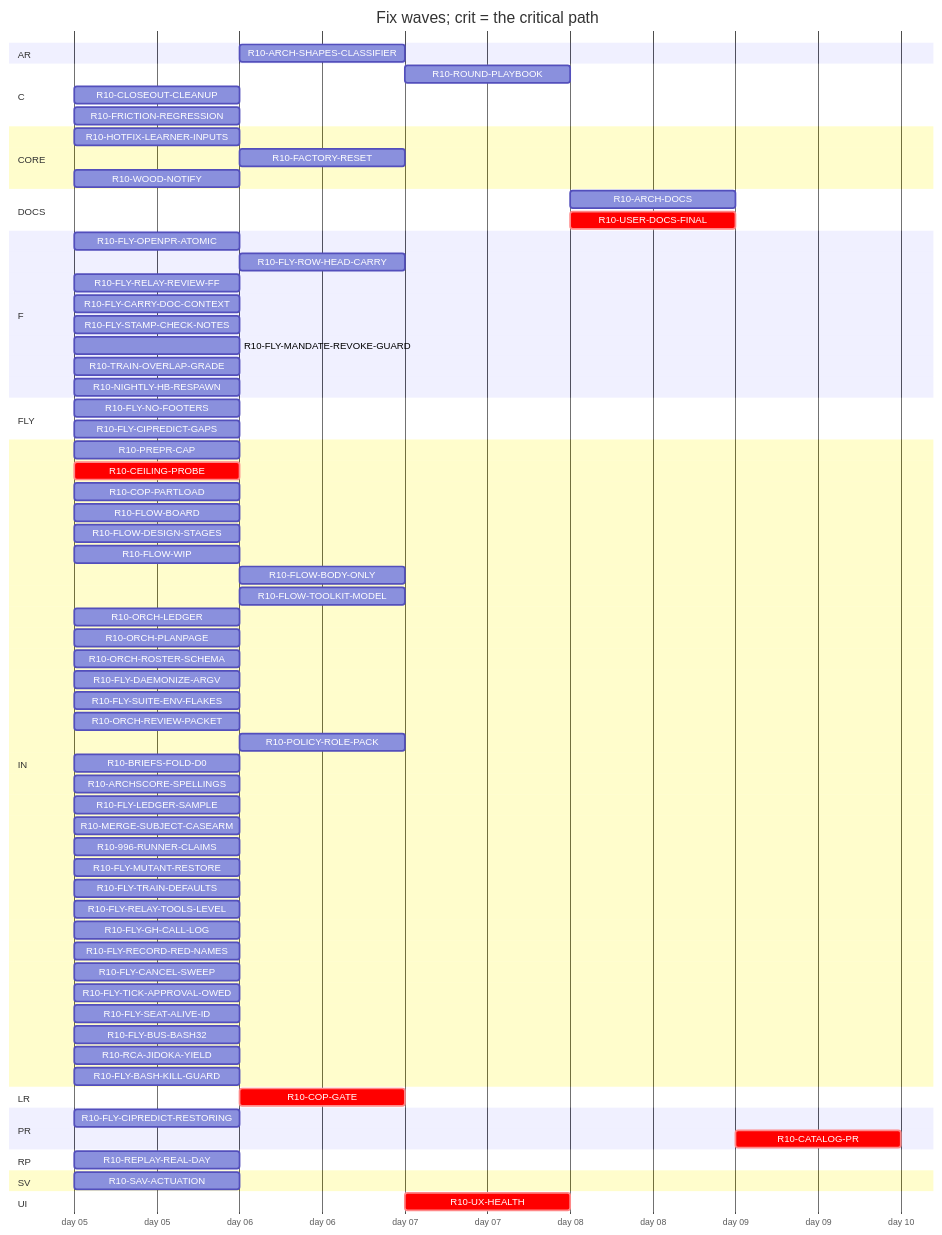
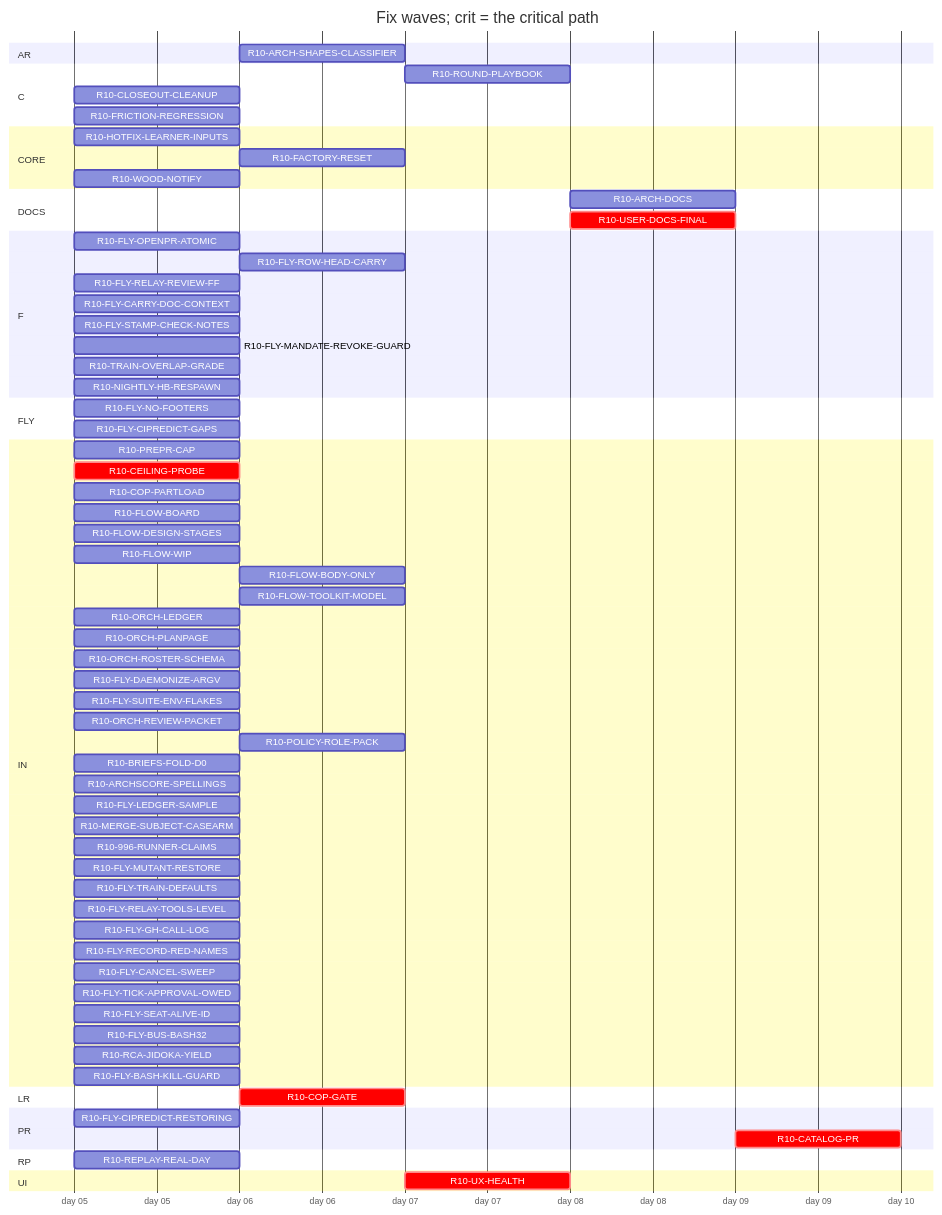
Before and after one commit to tvofi/heatpump_optimizer: the diagram in handoff/round10/state/PLAN-TABLE.md, drawn with Mermaid. The commit also changed other lines of this file and 3 other files, not shown here.

Commit message:
state: FLOW-BOARD.md, NEXT-SESSION-PROMPT.md, PLAN-TABLE.md, RESUME-CURRENT.md regenerated (state_docs.py)

````diff
--- a/handoff/round10/state/PLAN-TABLE.md
+++ b/handoff/round10/state/PLAN-TABLE.md
@@ -25,74 +24,72 @@
 ```mermaid
 gantt
   title Fix waves; crit = the critical path
   dateFormat YYYY-MM-DD
   axisFormat day %d
   section AR
     R10-ARCH-SHAPES-CLASSIFIER :r10ARCHSHAPESCLASSIFIER, after r10996RUNNERCLAIMS, 1d
   section C
     R10-ROUND-PLAYBOOK :r10ROUNDPLAYBOOK, after r10ORCHLEDGER r10ORCHPLANPAGE r10FLYRELAYREVIEWFF r10FLOWBODYONLY, 1d
     R10-CLOSEOUT-CLEANUP :r10CLOSEOUTCLEANUP, 2026-01-05, 1d
     R10-FRICTION-REGRESSION :r10FRICTIONREGRESSION, 2026-01-05, 1d
   section CORE
     R10-HOTFIX-LEARNER-INPUTS :r10HOTFIXLEARNERINPUTS, 2026-01-05, 1d
     R10-FACTORY-RESET :r10FACTORYRESET, after r10HOTFIXLEARNERINPUTS, 1d
     R10-WOOD-NOTIFY :r10WOODNOTIFY, 2026-01-05, 1d
   section DOCS
-    R10-ARCH-DOCS :r10ARCHDOCS, after r10COPGATE r10UXHEALTH r10CEILINGPROBE r10COPPARTLOAD r10FLOWBOARD r10FLOWDESIGNSTAGES r10FLOWWIP r10FLOWBODYONLY r10FLYOPENPRATOMIC r10FLYROWHEADCARRY r10FLYRELAYREVIEWFF r10FLYCARRYDOCCONTEXT r10FLOWTOOLKITMODEL r10FLYSTAMPCHECKNOTES r10FLYMANDATEREVOKEGUARD r10TRAINOVERLAPGRADE r10NIGHTLYHBRESPAWN r10ORCHLEDGER r10ORCHPLANPAGE r10ORCHROSTERSCHEMA r10FLYDAEMONIZEARGV r10ORCHREVIEWPACKET r10POLICYROLEPACK r10BRIEFSFOLDD0 r10REPLAYREALDAY r10ARCHSCORESPELLINGS r10SAVACTUATION r10FLYLEDGERSAMPLE, 1d
-    R10-USER-DOCS-FINAL :crit, r10USERDOCSFINAL, after r10COPGATE r10UXHEALTH r10CEILINGPROBE r10COPPARTLOAD r10FLOWBOARD r10FLOWDESIGNSTAGES r10FLOWWIP r10FLOWBODYONLY r10FLYOPENPRATOMIC r10FLYROWHEADCARRY r10FLYRELAYREVIEWFF r10FLYCARRYDOCCONTEXT r10FLOWTOOLKITMODEL r10FLYSTAMPCHECKNOTES r10FLYMANDATEREVOKEGUARD r10TRAINOVERLAPGRADE r10NIGHTLYHBRESPAWN r10ORCHLEDGER r10ORCHPLANPAGE r10ORCHROSTERSCHEMA r10FLYDAEMONIZEARGV r10ORCHREVIEWPACKET r10POLICYROLEPACK r10BRIEFSFOLDD0 r10REPLAYREALDAY r10ARCHSCORESPELLINGS r10SAVACTUATION r10FLYLEDGERSAMPLE r10HOTFIXLEARNERINPUTS r10FACTORYRESET r10WOODNOTIFY, 1d
+    R10-ARCH-DOCS :r10ARCHDOCS, after r10COPGATE r10UXHEALTH r10CEILINGPROBE r10COPPARTLOAD r10FLOWBOARD r10FLOWDESIGNSTAGES r10FLOWWIP r10FLOWBODYONLY r10FLYOPENPRATOMIC r10FLYROWHEADCARRY r10FLYRELAYREVIEWFF r10FLYCARRYDOCCONTEXT r10FLOWTOOLKITMODEL r10FLYSTAMPCHECKNOTES r10FLYMANDATEREVOKEGUARD r10TRAINOVERLAPGRADE r10NIGHTLYHBRESPAWN r10ORCHLEDGER r10ORCHPLANPAGE r10ORCHROSTERSCHEMA r10FLYDAEMONIZEARGV r10ORCHREVIEWPACKET r10POLICYROLEPACK r10BRIEFSFOLDD0 r10REPLAYREALDAY r10ARCHSCORESPELLINGS r10FLYLEDGERSAMPLE, 1d
+    R10-USER-DOCS-FINAL :crit, r10USERDOCSFINAL, after r10COPGATE r10UXHEALTH r10CEILINGPROBE r10COPPARTLOAD r10FLOWBOARD r10FLOWDESIGNSTAGES r10FLOWWIP r10FLOWBODYONLY r10FLYOPENPRATOMIC r10FLYROWHEADCARRY r10FLYRELAYREVIEWFF r10FLYCARRYDOCCONTEXT r10FLOWTOOLKITMODEL r10FLYSTAMPCHECKNOTES r10FLYMANDATEREVOKEGUARD r10TRAINOVERLAPGRADE r10NIGHTLYHBRESPAWN r10ORCHLEDGER r10ORCHPLANPAGE r10ORCHROSTERSCHEMA r10FLYDAEMONIZEARGV r10ORCHREVIEWPACKET r10POLICYROLEPACK r10BRIEFSFOLDD0 r10REPLAYREALDAY r10ARCHSCORESPELLINGS r10FLYLEDGERSAMPLE r10HOTFIXLEARNERINPUTS r10FACTORYRESET r10WOODNOTIFY, 1d
   section F
     R10-FLY-OPENPR-ATOMIC :r10FLYOPENPRATOMIC, 2026-01-05, 1d
     R10-FLY-ROW-HEAD-CARRY :r10FLYROWHEADCARRY, after r10FLYOPENPRATOMIC, 1d
     R10-FLY-RELAY-REVIEW-FF :r10FLYRELAYREVIEWFF, 2026-01-05, 1d
     R10-FLY-CARRY-DOC-CONTEXT :r10FLYCARRYDOCCONTEXT, 2026-01-05, 1d
     R10-FLY-STAMP-CHECK-NOTES :r10FLYSTAMPCHECKNOTES, 2026-01-05, 1d
     R10-FLY-MANDATE-REVOKE-GUARD :r10FLYMANDATEREVOKEGUARD, 2026-01-05, 1d
     R10-TRAIN-OVERLAP-GRADE :r10TRAINOVERLAPGRADE, 2026-01-05, 1d
     R10-NIGHTLY-HB-RESPAWN :r10NIGHTLYHBRESPAWN, 2026-01-05, 1d
   section FLY
     R10-FLY-NO-FOOTERS :r10FLYNOFOOTERS, 2026-01-05, 1d
     R10-FLY-CIPREDICT-GAPS :r10FLYCIPREDICTGAPS, 2026-01-05, 1d
   section IN
     R10-PREPR-CAP :r10PREPRCAP, 2026-01-05, 1d
     R10-CEILING-PROBE :crit, r10CEILINGPROBE, 2026-01-05, 1d
     R10-COP-PARTLOAD :r10COPPARTLOAD, 2026-01-05, 1d
     R10-FLOW-BOARD :r10FLOWBOARD, 2026-01-05, 1d
     R10-FLOW-DESIGN-STAGES :r10FLOWDESIGNSTAGES, 2026-01-05, 1d
     R10-FLOW-WIP :r10FLOWWIP, 2026-01-05, 1d
     R10-FLOW-BODY-ONLY :r10FLOWBODYONLY, after r10FLYOPENPRATOMIC, 1d
     R10-FLOW-TOOLKIT-MODEL :r10FLOWTOOLKITMODEL, after r10ORCHPLANPAGE, 1d
     R10-ORCH-LEDGER :r10ORCHLEDGER, 2026-01-05, 1d
     R10-ORCH-PLANPAGE :r10ORCHPLANPAGE, 2026-01-05, 1d
     R10-ORCH-ROSTER-SCHEMA :r10ORCHROSTERSCHEMA, 2026-01-05, 1d
     R10-FLY-DAEMONIZE-ARGV :r10FLYDAEMONIZEARGV, 2026-01-05, 1d
     R10-FLY-SUITE-ENV-FLAKES :r10FLYSUITEENVFLAKES, 2026-01-05, 1d
     R10-ORCH-REVIEW-PACKET :r10ORCHREVIEWPACKET, 2026-01-05, 1d
     R10-POLICY-ROLE-PACK :r10POLICYROLEPACK, after r10FLOWDESIGNSTAGES, 1d
     R10-BRIEFS-FOLD-D0 :r10BRIEFSFOLDD0, 2026-01-05, 1d
     R10-ARCHSCORE-SPELLINGS :r10ARCHSCORESPELLINGS, 2026-01-05, 1d
     R10-FLY-LEDGER-SAMPLE :r10FLYLEDGERSAMPLE, 2026-01-05, 1d
     R10-MERGE-SUBJECT-CASEARM :r10MERGESUBJECTCASEARM, 2026-01-05, 1d
     R10-996-RUNNER-CLAIMS :r10996RUNNERCLAIMS, 2026-01-05, 1d
     R10-FLY-MUTANT-RESTORE :r10FLYMUTANTRESTORE, 2026-01-05, 1d
     R10-FLY-TRAIN-DEFAULTS :r10FLYTRAINDEFAULTS, 2026-01-05, 1d
     R10-FLY-RELAY-TOOLS-LEVEL :r10FLYRELAYTOOLSLEVEL, 2026-01-05, 1d
     R10-FLY-GH-CALL-LOG :r10FLYGHCALLLOG, 2026-01-05, 1d
     R10-FLY-RECORD-RED-NAMES :r10FLYRECORDREDNAMES, 2026-01-05, 1d
     R10-FLY-CANCEL-SWEEP :r10FLYCANCELSWEEP, 2026-01-05, 1d
     R10-FLY-TICK-APPROVAL-OWED :r10FLYTICKAPPROVALOWED, 2026-01-05, 1d
     R10-FLY-SEAT-ALIVE-ID :r10FLYSEATALIVEID, 2026-01-05, 1d
     R10-FLY-BUS-BASH32 :r10FLYBUSBASH32, 2026-01-05, 1d
     R10-RCA-JIDOKA-YIELD :r10RCAJIDOKAYIELD, 2026-01-05, 1d
     R10-FLY-BASH-KILL-GUARD :r10FLYBASHKILLGUARD, 2026-01-05, 1d
   section LR
     R10-COP-GATE :crit, r10COPGATE, after r10CEILINGPROBE, 1d
   section PR
     R10-FLY-CIPREDICT-RESTORING :r10FLYCIPREDICTRESTORING, 2026-01-05, 1d
     R10-CATALOG-PR :crit, r10CATALOGPR, after r10USERDOCSFINAL, 1d
   section RP
     R10-REPLAY-REAL-DAY :r10REPLAYREALDAY, 2026-01-05, 1d
-  section SV
-    R10-SAV-ACTUATION :r10SAVACTUATION, 2026-01-05, 1d
   section UI
     R10-UX-HEALTH :crit, r10UXHEALTH, after r10COPGATE, 1d
 ```
````
